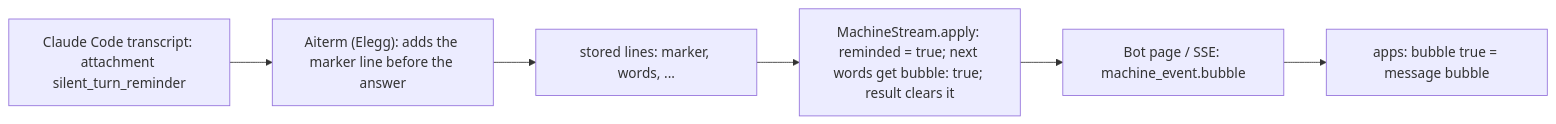
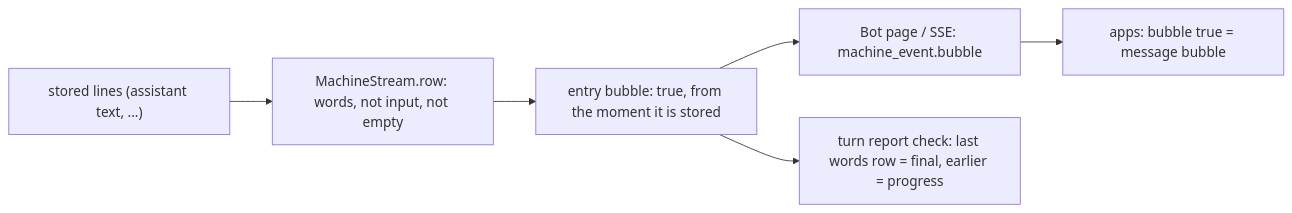
One commit to kitepon/BellTeam changed the fifth of 11 diagrams in docs/architecture/modules/conversation/machine-stream.md. Above: the diagram before and after it, drawn with Mermaid. The commit also changed other lines of this file and 4 other files, not shown here.

First line of the commit message:
a479-interim-bubble: every words entry of the seat is a bubble from the moment it is stored

````diff
--- a/docs/architecture/modules/conversation/machine-stream.md
+++ b/docs/architecture/modules/conversation/machine-stream.md
@@ -260,8 +245,8 @@
 ```mermaid
 flowchart LR
-  Transcript["Claude Code transcript: attachment silent_turn_reminder"] --> Supplier["Aiterm (Elegg): adds the marker line before the answer"]
-  Supplier --> Lines["stored lines: marker, words, ..."]
-  Lines --> Apply["MachineStream.apply: reminded = true; next words get bubble: true; result clears it"]
-  Apply --> Page["Bot page / SSE: machine_event.bubble"]
+  Lines["stored lines (assistant text, ...)"] --> Apply["MachineStream.row: words, not input, not empty"]
+  Apply --> Row["entry bubble: true, from the moment it is stored"]
+  Row --> Page["Bot page / SSE: machine_event.bubble"]
   Page --> Apps["apps: bubble true = message bubble"]
+  Row --> Report["turn report check: last words row = final, earlier = progress"]
 ```
````
